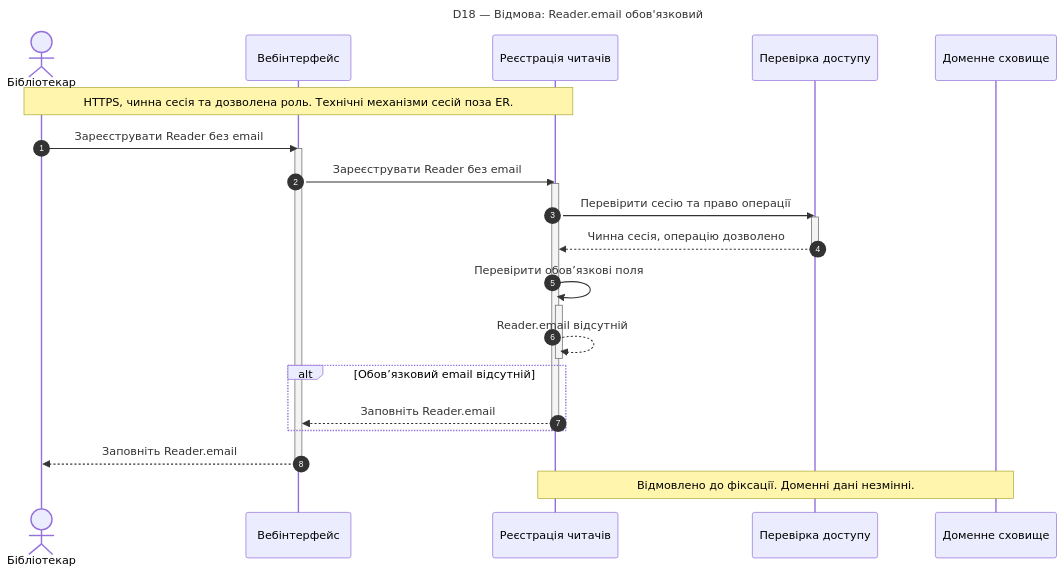
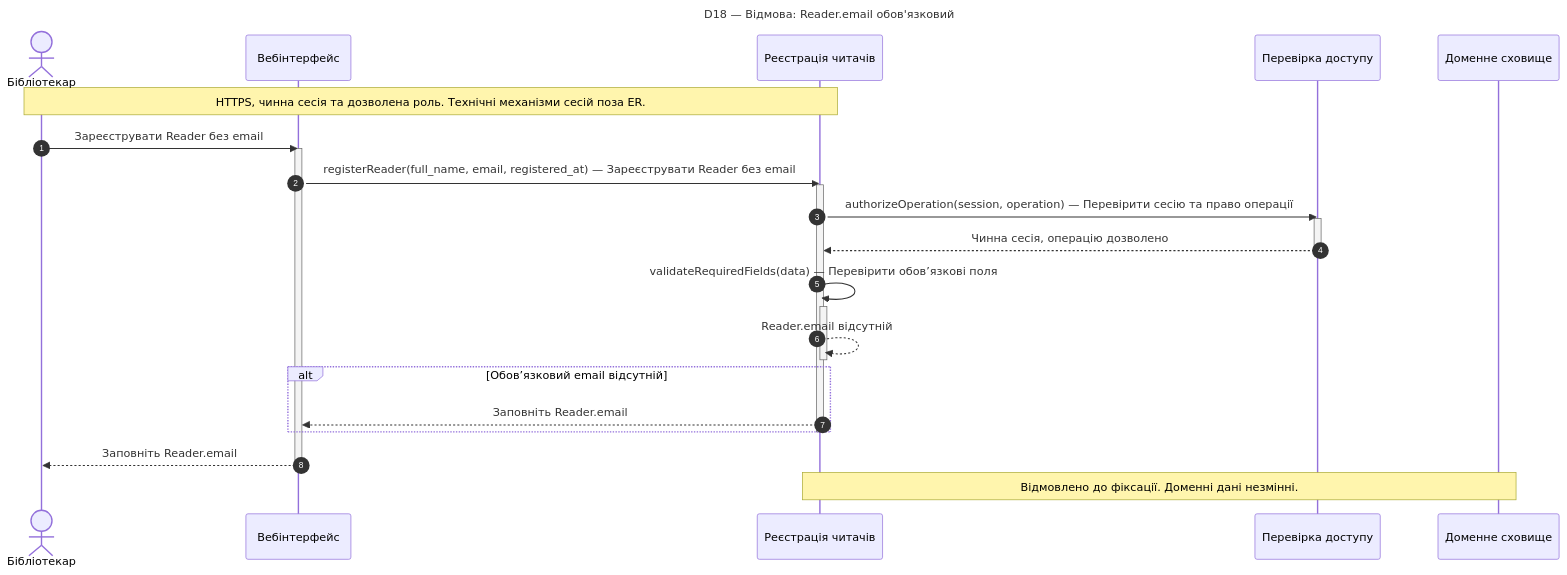
The diagram in lab3/diagrams/uc-01-missing-email.mmd (the1nurz/mavpz), drawn with Mermaid before and after one commit. The commit also changed 61 other files, not shown here.

Commit message:
fix(lab3): improve sequence diagram fragments and messages

```diff
--- a/lab3/diagrams/uc-01-missing-email.mmd
+++ b/lab3/diagrams/uc-01-missing-email.mmd
@@ -1,30 +1,30 @@
 sequenceDiagram
     autonumber
     %% D18 | UC-01 | SC-12; 1: Reader без email
     %% REQ-11 | NFR-07, NFR-08, NFR-09, NFR-10, NFR-11
     title D18 — Відмова: Reader.email обов'язковий
     actor A as Бібліотекар
     participant UI as Вебінтерфейс
     participant S as Реєстрація читачів
     participant Access as Перевірка доступу
     participant Store as Доменне сховище
     Note over A,S: HTTPS, чинна сесія та дозволена роль. Технічні механізми сесій поза ER.
     A->>UI: Зареєструвати Reader без email
     activate UI
-    UI->>S: Зареєструвати Reader без email
+    UI->>S: registerReader(full_name, email, registered_at) — Зареєструвати Reader без email
     activate S
-    S->>Access: Перевірити сесію та право операції
+    S->>Access: authorizeOperation(session, operation) — Перевірити сесію та право операції
     activate Access
     Access-->>S: Чинна сесія, операцію дозволено
     deactivate Access
-    S->>S: Перевірити обов’язкові поля
+    S->>S: validateRequiredFields(data) — Перевірити обов’язкові поля
     activate S
     S-->>S: Reader.email відсутній
     deactivate S
     alt Обов’язковий email відсутній
     S-->>UI: Заповніть Reader.email
     end
     deactivate S
     UI-->>A: Заповніть Reader.email
     deactivate UI
     Note over S,Store: Відмовлено до фіксації. Доменні дані незмінні.
```
